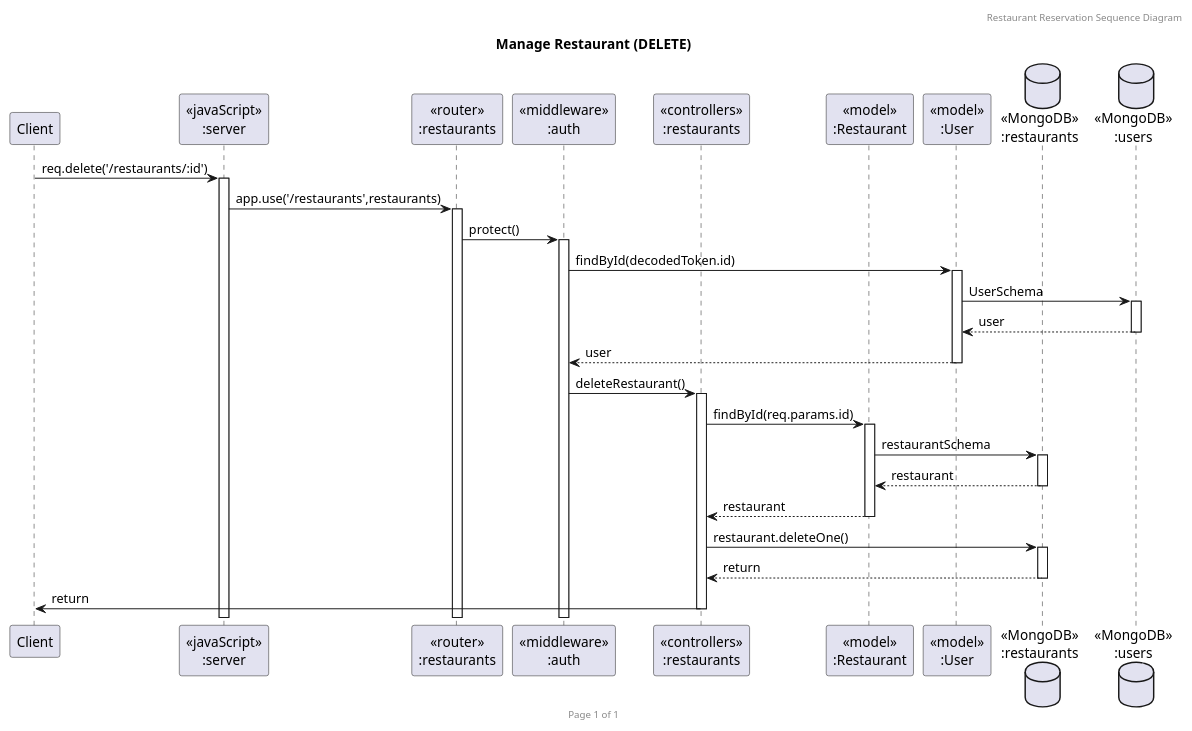
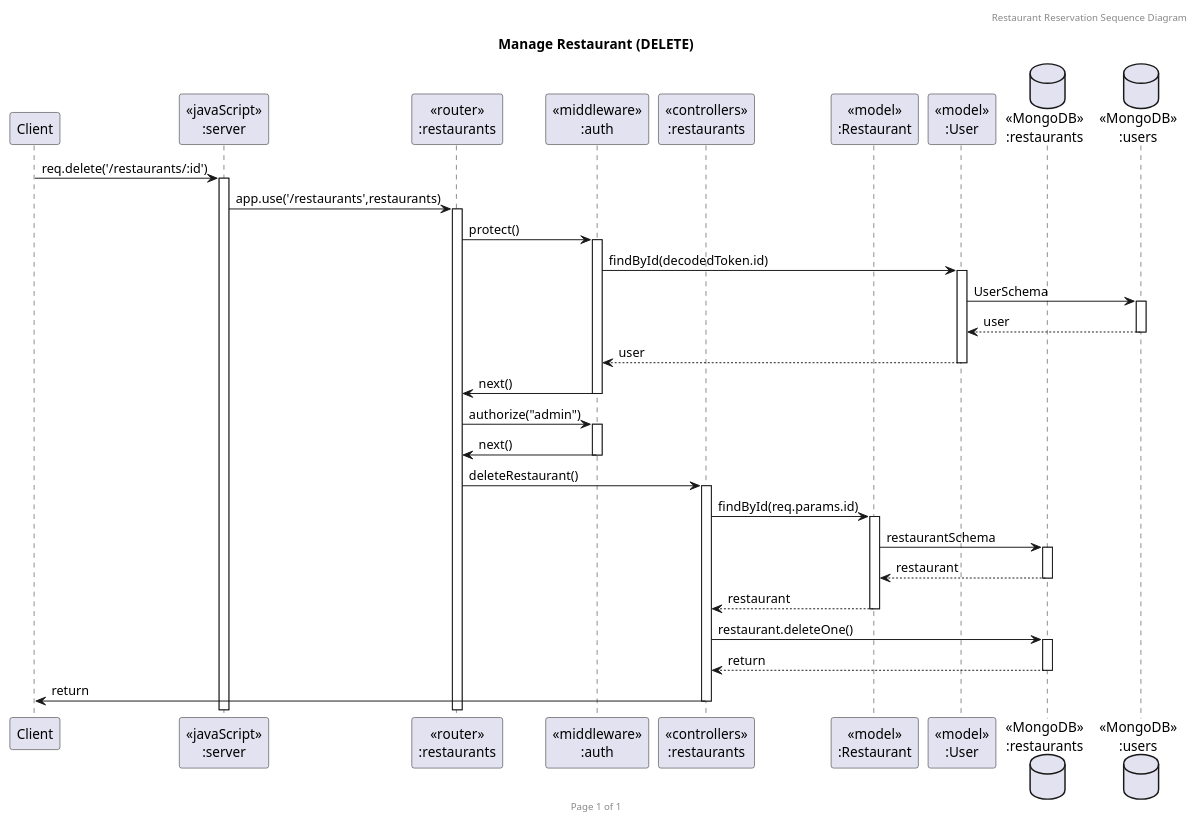
The diagram in doc/sequence-diagrams/restaurant/delete-restaurant.puml (Prince-in-the-wood/sw-dev-term-project), drawn with PlantUML before and after one commit. The commit also changed 9 other files, not shown here.

Commit message:
docs: Add missing seq in diagram

```diff
--- a/doc/sequence-diagrams/restaurant/delete-restaurant.puml
+++ b/doc/sequence-diagrams/restaurant/delete-restaurant.puml
@@ -1,36 +1,39 @@
 @startuml Manage Restaurant (DELETE)
 
 header Restaurant Reservation Sequence Diagram
 footer Page %page% of %lastpage%
 title "Manage Restaurant (DELETE)"
 
 participant "Client" as client
 participant "<<javaScript>>\n:server" as server
 participant "<<router>>\n:restaurants" as routerRestaurants
 participant "<<middleware>>\n:auth" as middlewareAuth
 participant "<<controllers>>\n:restaurants" as controllersRestaurants
 participant "<<model>>\n:Restaurant" as modelRestaurant
 participant "<<model>>\n:User" as modelUser
 database "<<MongoDB>>\n:restaurants" as RestaurantsDatabase
 database "<<MongoDB>>\n:users" as UsersDatabase
 
 ' DELETE
 client->server ++:req.delete('/restaurants/:id')
 server->routerRestaurants ++:app.use('/restaurants',restaurants)
 routerRestaurants -> middlewareAuth ++:protect()
 middlewareAuth -> modelUser ++:findById(decodedToken.id)
 modelUser -> UsersDatabase ++:UserSchema
 UsersDatabase --> modelUser --:user
 modelUser --> middlewareAuth --:user
-middlewareAuth -> controllersRestaurants ++:deleteRestaurant()
+middlewareAuth -> routerRestaurants --:next()
+routerRestaurants -> middlewareAuth ++:authorize("admin")
+middlewareAuth -> routerRestaurants --:next()
+routerRestaurants -> controllersRestaurants ++:deleteRestaurant()
 
 controllersRestaurants -> modelRestaurant ++:findById(req.params.id)
 modelRestaurant -> RestaurantsDatabase ++:restaurantSchema 
 RestaurantsDatabase --> modelRestaurant --:restaurant
 controllersRestaurants <-- modelRestaurant --:restaurant
 
 controllersRestaurants->RestaurantsDatabase ++:restaurant.deleteOne()
 controllersRestaurants <-- RestaurantsDatabase --: return
 controllersRestaurants -> client --:return
 
 @enduml
```
